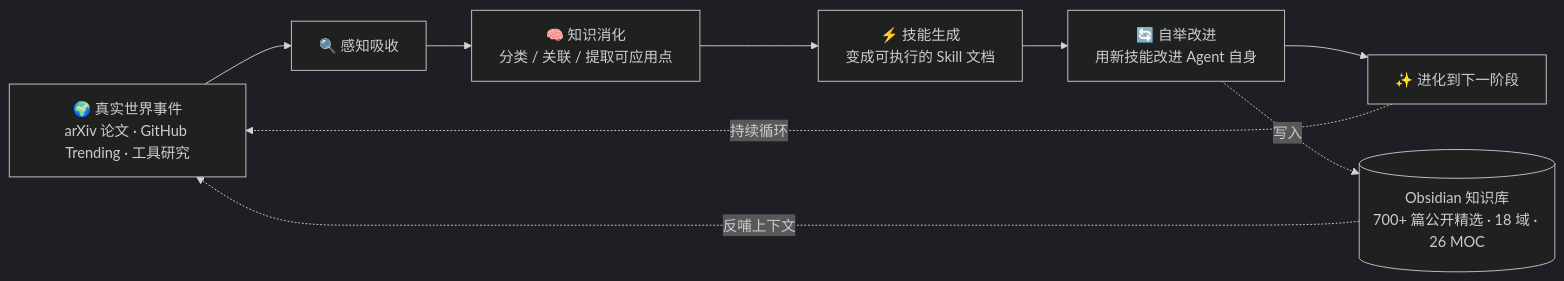
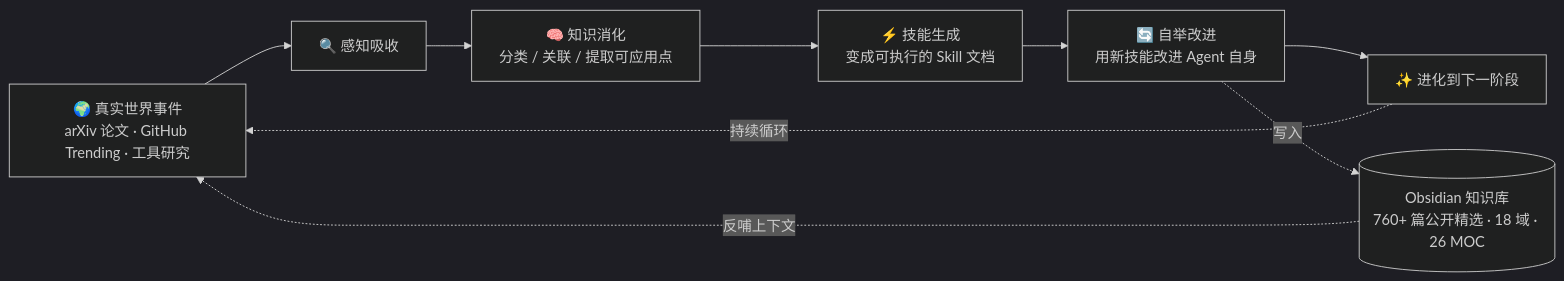
The diagram in README.md (mo9652962-ai/second-brain), drawn with Mermaid (dark theme) before and after one commit. The commit also changed other lines of this file and 16 other files, not shown here.

````diff
--- a/README.md
+++ b/README.md
@@ -86,11 +89,11 @@
 ```mermaid
 graph LR
     A[🌍 真实世界事件<br/>arXiv 论文 · GitHub Trending · 工具研究] --> B[🔍 感知吸收]
     B --> C[🧠 知识消化<br/>分类 / 关联 / 提取可应用点]
     C --> D[⚡ 技能生成<br/>变成可执行的 Skill 文档]
     D --> E[🔄 自举改进<br/>用新技能改进 Agent 自身]
     E --> F[✨ 进化到下一阶段]
     F -. 持续循环 .-> A
-    E -. 写入 .-> G[(Obsidian 知识库<br/>700+ 篇公开精选 · 18 域 · 26 MOC)]
+    E -. 写入 .-> G[(Obsidian 知识库<br/>760+ 篇公开精选 · 18 域 · 26 MOC)]
     G -. 反哺上下文 .-> A
 ```
````
